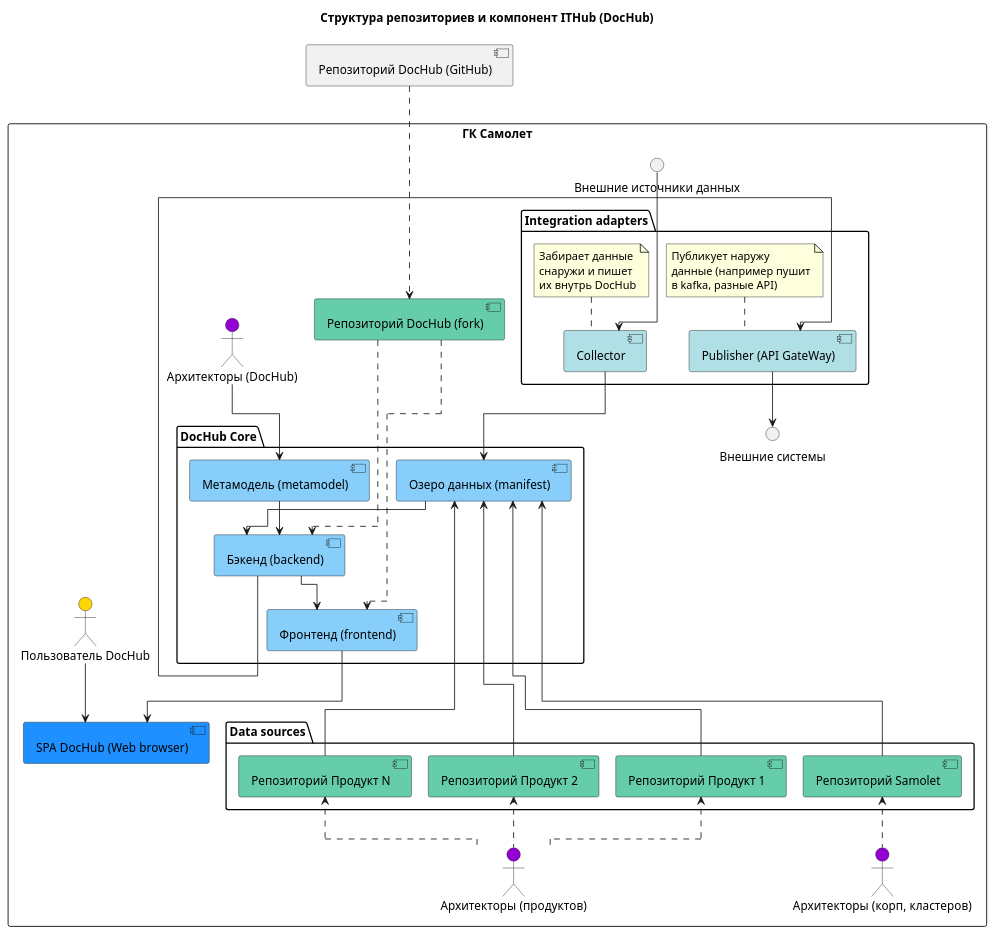
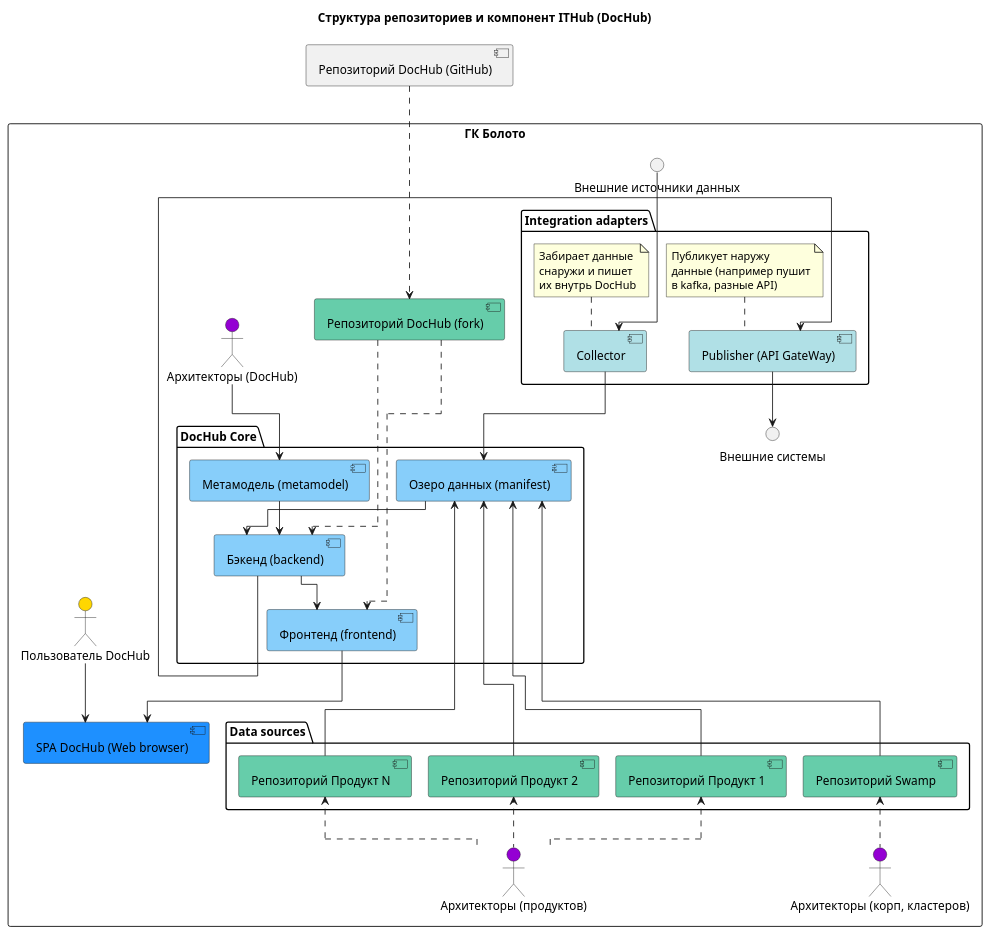
One commit to ValentinKozlov/DocHubExampleManifest changed the diagram in swamp/application_arch/systems/bu_crocodiles/autoforms/docs/repo_structure.puml. Above: the diagram before and after it, drawn with PlantUML. The commit also changed 40 other files, not shown here.

```diff
--- a/swamp/application_arch/systems/bu_crocodiles/autoforms/docs/repo_structure.puml
+++ b/swamp/application_arch/systems/bu_crocodiles/autoforms/docs/repo_structure.puml
@@ -1,79 +1,79 @@
 @startuml
 
     !pragma layout elk
     title Структура репозиториев и компонент ITHub (DocHub)
 
     [Репозиторий DocHub (GitHub)] as dochub 
 
-    rectangle "ГК Самолет" {
+    rectangle "ГК Болото" {
         actor "Архитекторы (DocHub)" as matamodel_arch #9400D3
         actor "Архитекторы (корп, кластеров)" as cluster_arch #9400D3
         actor "Архитекторы (продуктов)" as product_arch #9400D3
 
         actor "Пользователь DocHub" as user  #FFD700
 
         
         [Репозиторий DocHub (fork)] as dochubfork #66CDAA
         [SPA DocHub (Web browser)] as spa #1E90FF
 
         package "DocHub Core" {
             [Фронтенд (frontend)] as frontend #87CEFA
             [Бэкенд (backend)] as backend #87CEFA    
             [Озеро данных (manifest)] as manifest #87CEFA
             [Метамодель (metamodel)] as metamodel #87CEFA
         }
 
         package "Data sources" {
-            [Репозиторий Samolet] as samolet #66CDAA
+            [Репозиторий Swamp] as swamp #66CDAA
             [Репозиторий Продукт 1] as product1 #66CDAA
             [Репозиторий Продукт 2] as product2 #66CDAA
             [Репозиторий Продукт N] as productn #66CDAA
         }
 
         interface "Внешние системы" as ext_sys
         interface "Внешние источники данных" as ext_source
 
         package "Integration adapters" {
             [Collector] as collector #B0E0E6
             note left of collector
             Забирает данные
             снаружи и пишет
             их внутрь DocHub
             end note
 
             [Publisher (API GateWay)] as publisher #B0E0E6
             note left of publisher
             Публикует наружу
             данные (например пушит
             в kafka, разные API)
             end note
         }
 
         dochub ..> dochubfork
         dochubfork ..> frontend
         dochubfork ..> backend
         metamodel --> backend
         manifest --> backend
         backend --> publisher
         collector --> manifest
         backend --> frontend
         frontend --> spa
         ext_source -down--> collector
         publisher --> ext_sys
         
 
-        samolet -up--> manifest
+        swamp -up--> manifest
         product1 -up--> manifest
         product2 -up--> manifest
         productn -up--> manifest
 
         matamodel_arch --> metamodel
-        cluster_arch -up..> samolet
+        cluster_arch -up..> swamp
         product_arch -up..> product1
         product_arch -up..> product2
         product_arch -up..> productn
 
         user --> spa
     }
 
 @enduml
```
